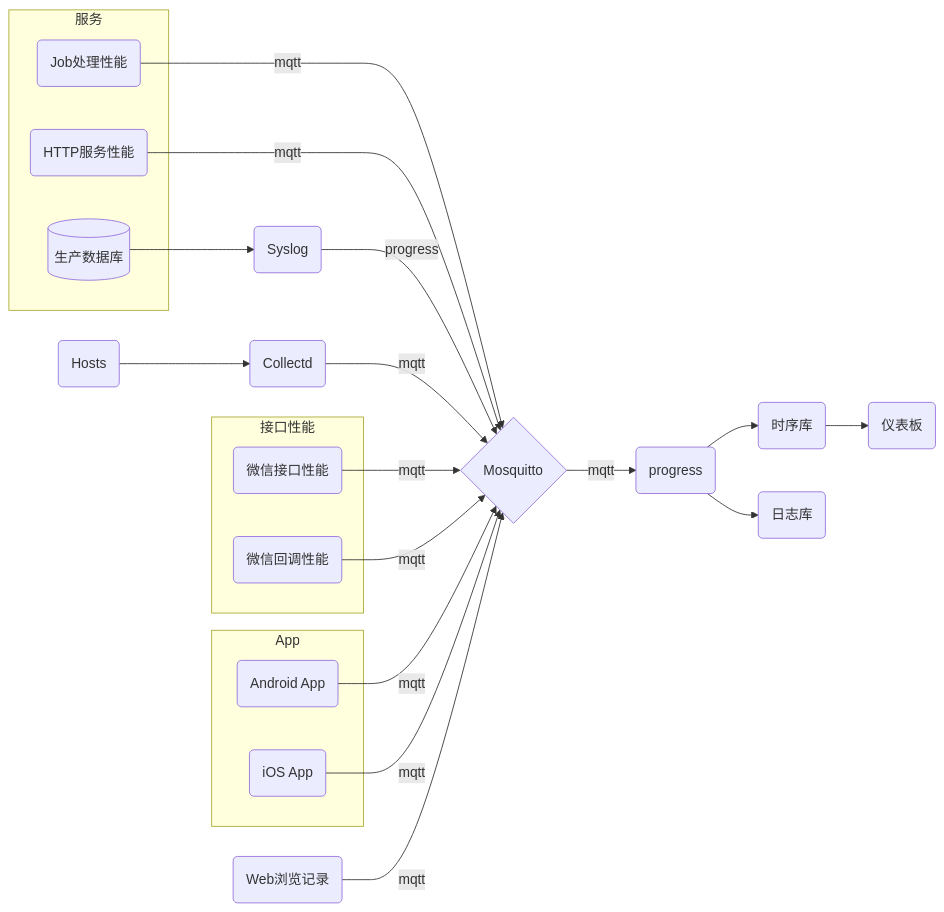
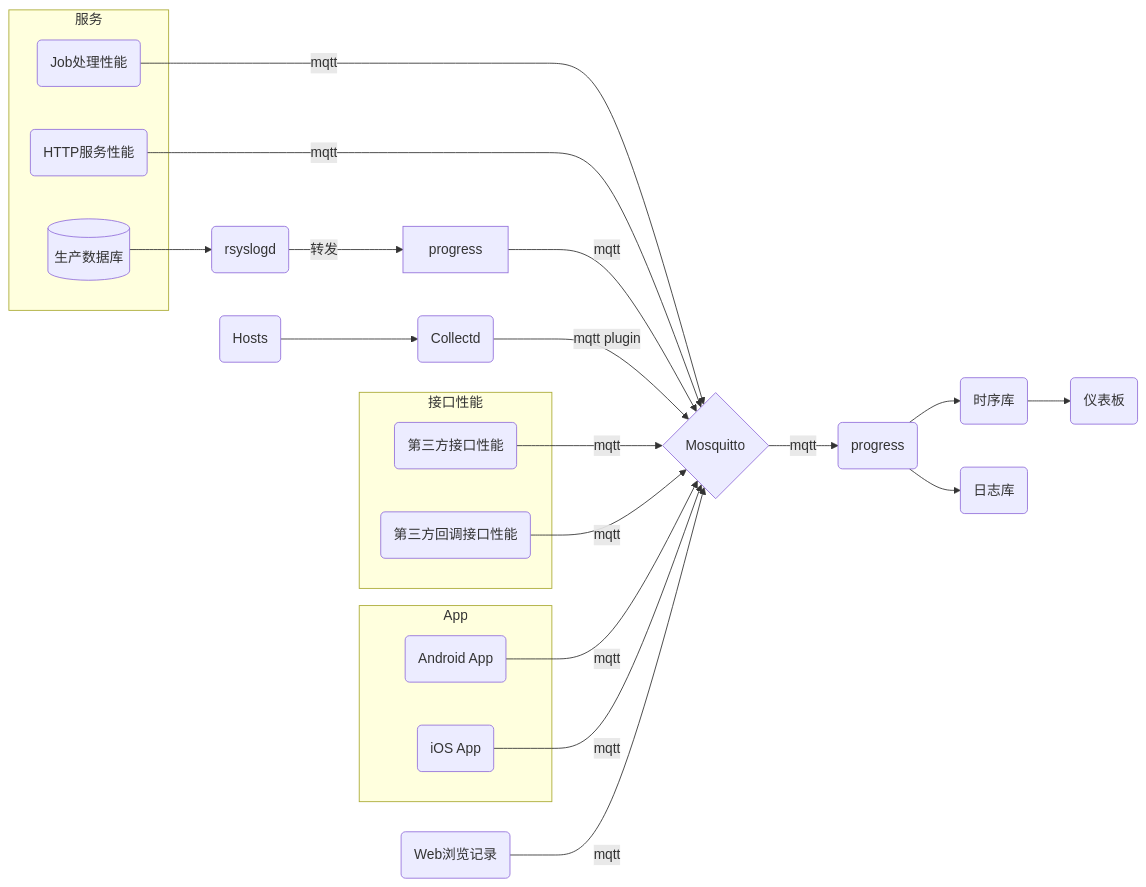
The diagram in source/_posts/inflexdb-vs-timescaledb.md (blusewang/blog), drawn with Mermaid before and after one commit. The commit also changed other lines of this file and 3 other files, not shown here.

````diff
--- a/source/_posts/inflexdb-vs-timescaledb.md
+++ b/source/_posts/inflexdb-vs-timescaledb.md
@@ -19,45 +19,46 @@
 ```mermaid
 flowchart LR
 
 %% 定义
 subgraph 服务
 db[(生产数据库)]
 http(HTTP服务性能)
 worker(Job处理性能)
 end
 
 subgraph App
 android(Android App)
 ios(iOS App)
 end
 
 mos{Mosquitto}
 h5(Web浏览记录)
 
 subgraph 接口性能
-wx.api(微信接口性能)
-wx.event(微信回调性能)
+wx.api(第三方接口性能)
+wx.event(第三方回调接口性能)
 end
 
 influx(时序库)
 pdb(日志库)
 
-syslog(Syslog)
+syslog(rsyslogd)
 
 %% 连接
 worker-->|mqtt|mos
 http-->|mqtt|mos
 db-->syslog
-syslog-->|progress|mos
+syslog-->|转发|progress
+progress-->|mqtt|mos
 host(Hosts)-->collectd
-collectd(Collectd)-->|mqtt|mos
+collectd(Collectd)-->|mqtt plugin|mos
 wx.api-->|mqtt|mos
 wx.event-->|mqtt|mos
 android-->|mqtt|mos
 ios-->|mqtt|mos
 h5-->|mqtt|mos
 mos-->|mqtt|pro
 pro(progress)-->pdb
 pro(progress)-->influx
 influx-->grafana(仪表板)
 ```
````
